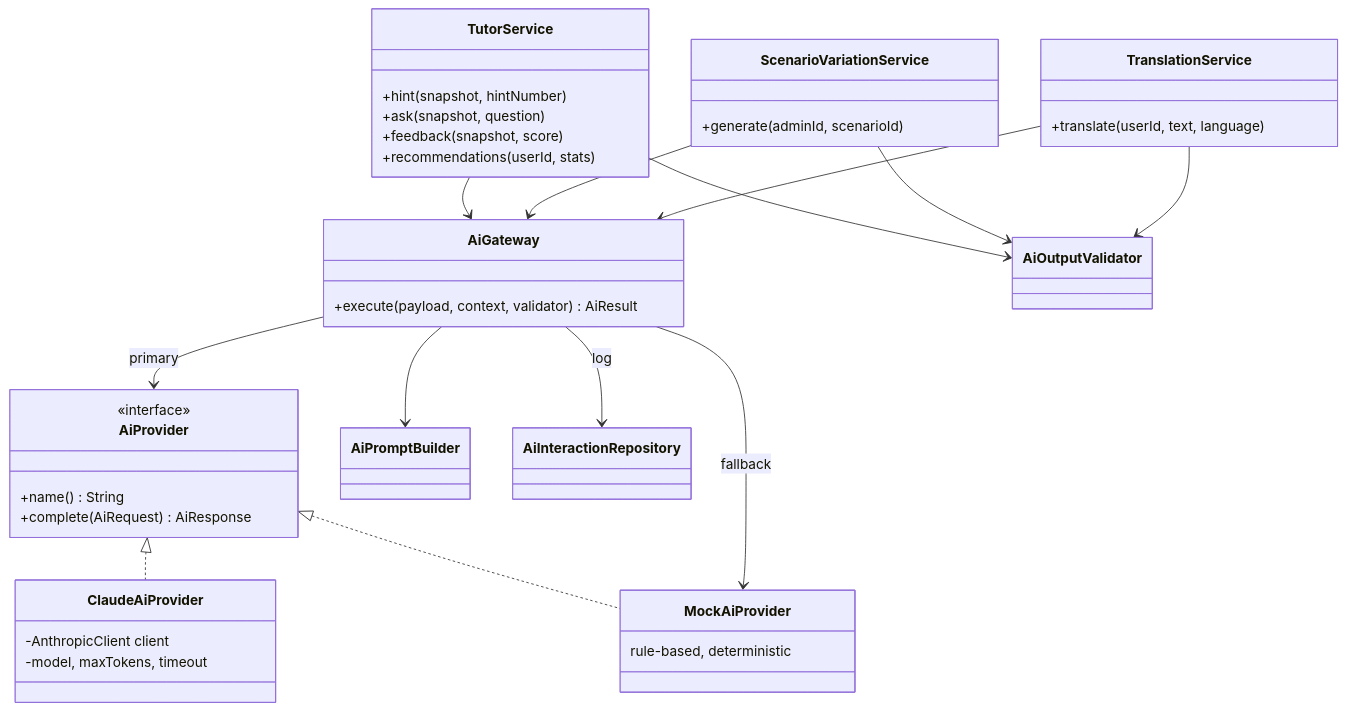
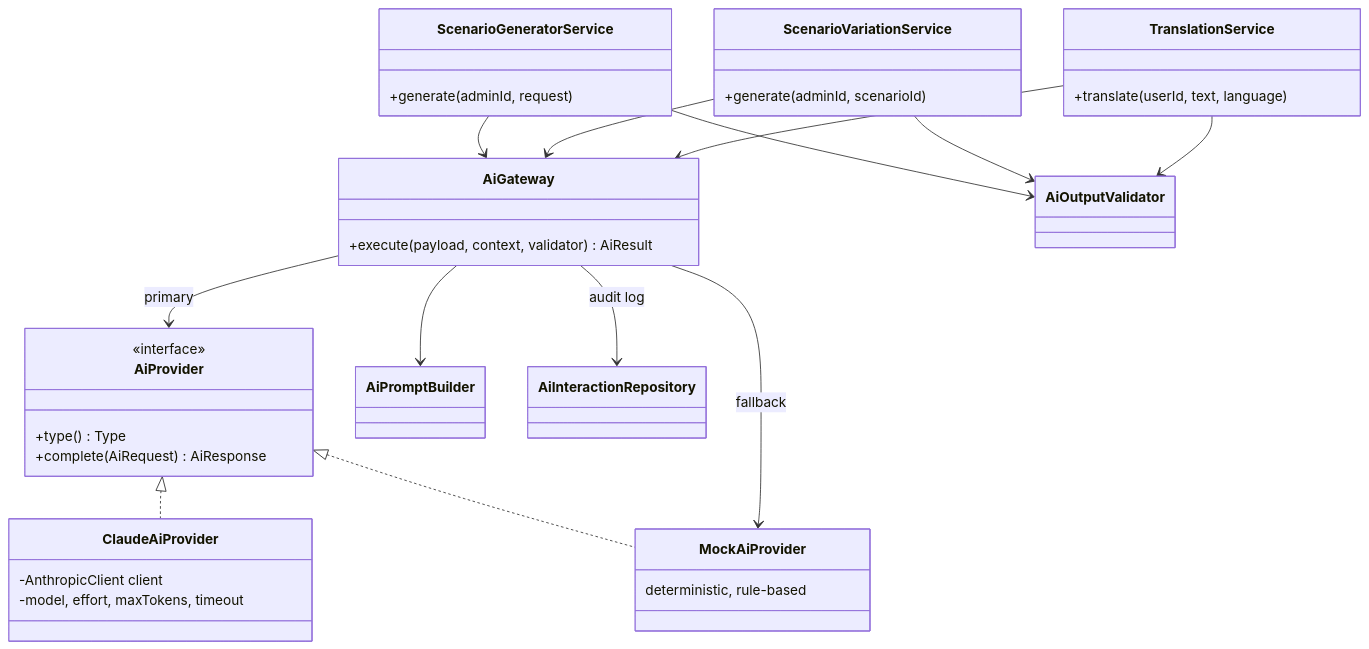
Before and after one commit to baghdasaryanzenfira-spec/cyber-sim: the first of 2 diagrams in docs/en/09-ai-integration.md, drawn with Mermaid. The commit also changed other lines of this file and 37 other files, not shown here.

````diff
--- a/docs/en/09-ai-integration.md
+++ b/docs/en/09-ai-integration.md
@@ -47,45 +40,42 @@
 ```mermaid
 classDiagram
   class AiProvider {
     <<interface>>
-    +name() String
+    +type() Type
     +complete(AiRequest) AiResponse
   }
   class ClaudeAiProvider {
     -AnthropicClient client
-    -model, maxTokens, timeout
+    -model, effort, maxTokens, timeout
   }
   class MockAiProvider {
-    rule-based, deterministic
+    deterministic, rule-based
   }
   class AiGateway {
     +execute(payload, context, validator) AiResult
   }
-  class TutorService {
-    +hint(snapshot, hintNumber)
-    +ask(snapshot, question)
-    +feedback(snapshot, score)
-    +recommendations(userId, stats)
+  class ScenarioGeneratorService {
+    +generate(adminId, request)
   }
   class ScenarioVariationService {
     +generate(adminId, scenarioId)
   }
   class TranslationService {
     +translate(userId, text, language)
   }
   class AiPromptBuilder
   class AiOutputValidator
   class AiInteractionRepository
   AiProvider <|.. ClaudeAiProvider
   AiProvider <|.. MockAiProvider
   AiGateway --> AiProvider : primary
   AiGateway --> MockAiProvider : fallback
   AiGateway --> AiPromptBuilder
-  AiGateway --> AiInteractionRepository : log
-  TutorService --> AiGateway
-  TutorService --> AiOutputValidator
+  AiGateway --> AiInteractionRepository : audit log
+  ScenarioGeneratorService --> AiGateway
+  ScenarioGeneratorService --> AiOutputValidator
   ScenarioVariationService --> AiGateway
   ScenarioVariationService --> AiOutputValidator
   TranslationService --> AiGateway
   TranslationService --> AiOutputValidator
 ```
````
